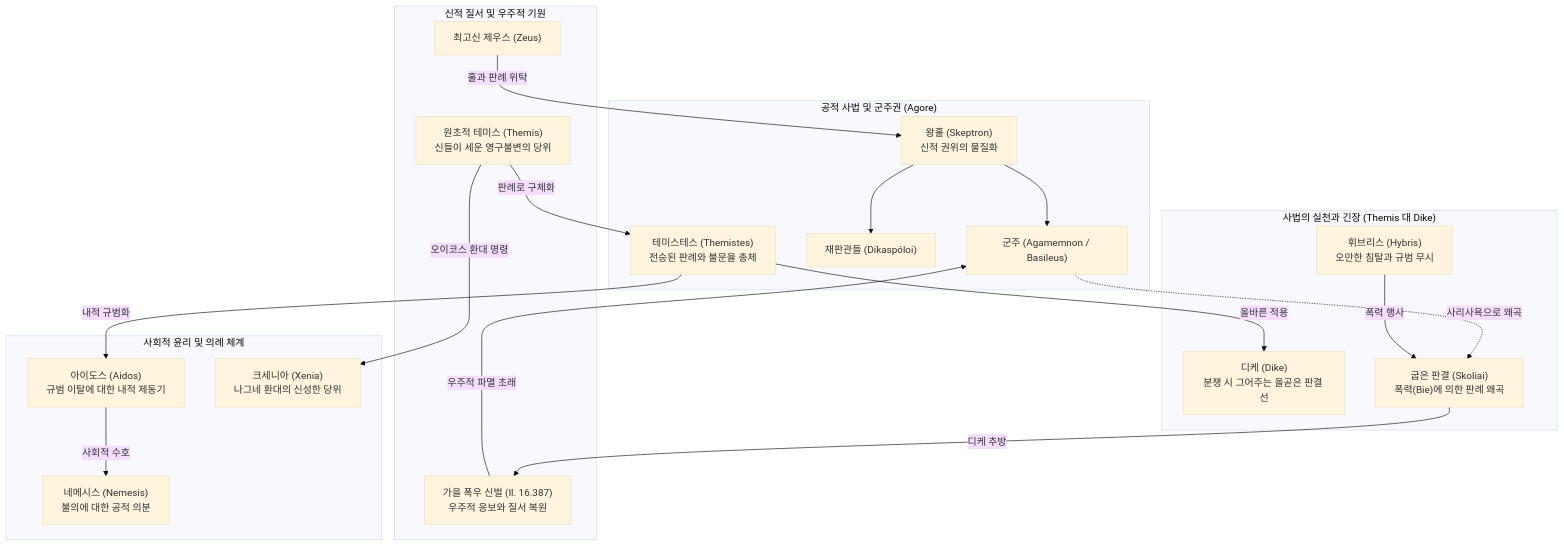
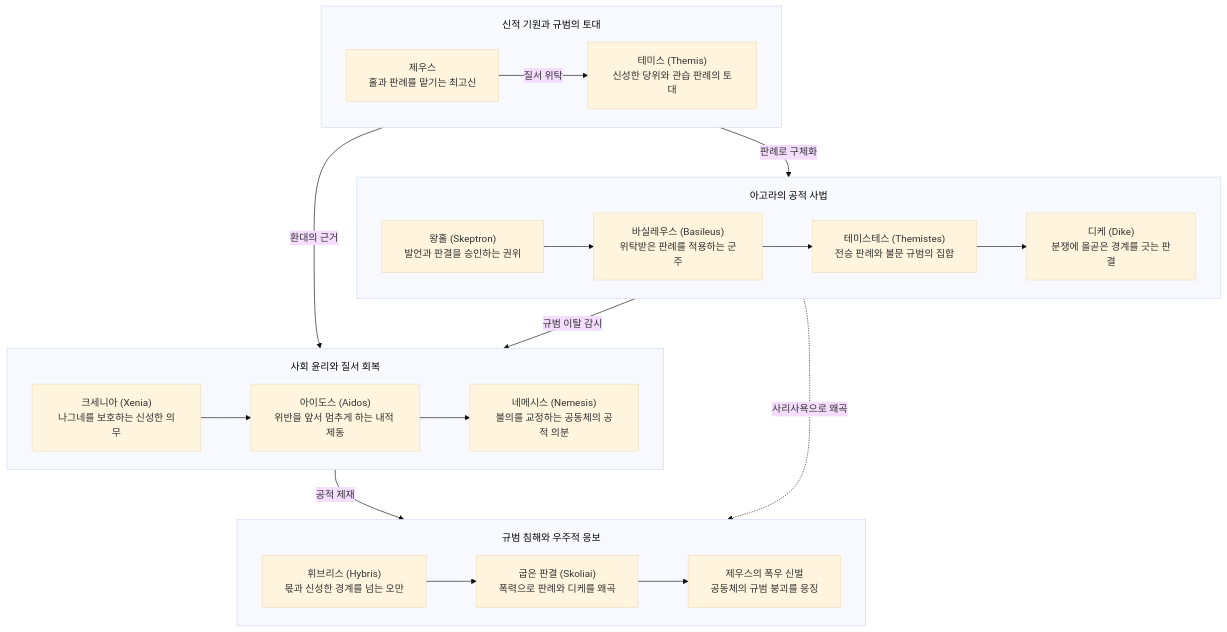
The diagram in wiki/concepts/concept-themis.md (YgHnSIM/Homer_wiki), drawn with Mermaid (base theme) before and after one commit. The commit also changed other lines of this file and 9 other files, not shown here.

Commit message:
refactor(concepts): concept Mermaid 신규격 일괄 적용

````diff
--- a/wiki/concepts/concept-themis.md
+++ b/wiki/concepts/concept-themis.md
@@ -169,43 +169,45 @@
 ```mermaid
-graph TD
-    subgraph Divine_Foundations["신적 질서 및 우주적 기원"]
-        Zeus["최고신 제우스 (Zeus)"]
-        DivineThemis["원초적 테미스 (Themis)<br/>신들이 세운 영구불변의 당위"]
-        Wrath["가을 폭우 신벌 (Il. 16.387)<br/>우주적 응보와 질서 복원"]
+%%{init: {'flowchart': {'useMaxWidth': true, 'nodeSpacing': 40, 'rankSpacing': 56, 'padding': 18, 'subGraphTitleMargin': {'top': 18, 'bottom': 10}}}}%%
+flowchart TD
+    subgraph Foundations ["신적 기원과 규범의 토대"]
+        direction LR
+        Zeus["제우스<br/>홀과 판례를 맡기는 최고신"]
+        Themis["테미스 (Themis)<br/>신성한 당위와 관습 판례의 토대"]:::focus
+        Zeus -->|"질서 위탁"| Themis
     end
 
-    subgraph Political_Authority["공적 사법 및 군주권 (Agore)"]
-        Skeptron["왕홀 (Skeptron)<br/>신적 권위의 물질화"]
-        King["군주 (Agamemnon / Basileus)"]
-        Dikaspóloi["재판관들 (Dikaspóloi)"]
-        Themistes["테미스테스 (Themistes)<br/>전승된 판례와 불문율 총체"]
+    subgraph Agora ["아고라의 공적 사법"]
+        direction LR
+        Skeptron["왕홀 (Skeptron)<br/>발언과 판결을 승인하는 권위"]
+        Basileus["바실레우스 (Basileus)<br/>위탁받은 판례를 적용하는 군주"]
+        Themistes["테미스테스 (Themistes)<br/>전승 판례와 불문 규범의 집합"]
+        Dike["디케 (Dike)<br/>분쟁에 올곧은 경계를 긋는 판결"]:::resolve
+        Skeptron --> Basileus
+        Basileus --> Themistes
+        Themistes --> Dike
     end
 
-    subgraph Legal_Dialectic["사법의 실천과 긴장 (Themis 대 Dike)"]
-        Dike["디케 (Dike)<br/>분쟁 시 그어주는 올곧은 판결 선"]
-        Skoliai["굽은 판결 (Skoliai)<br/>폭력(Bie)에 의한 판례 왜곡"]
-        Hybris["휘브리스 (Hybris)<br/>오만한 침탈과 규범 무시"]
+    subgraph Breach ["규범 침해와 우주적 응보"]
+        direction LR
+        Hybris["휘브리스 (Hybris)<br/>몫과 신성한 경계를 넘는 오만"]:::crisis
+        Skoliai["굽은 판결 (Skoliai)<br/>폭력으로 판례와 디케를 왜곡"]:::crisis
+        Wrath["제우스의 폭우 신벌<br/>공동체의 규범 붕괴를 응징"]:::crisis
+        Hybris --> Skoliai
+        Skoliai --> Wrath
     end
 
-    subgraph Moral_Institutions["사회적 윤리 및 의례 체계"]
-        Aidos["아이도스 (Aidos)<br/>규범 이탈에 대한 내적 제동기"]
-        Nemesis["네메시스 (Nemesis)<br/>불의에 대한 공적 의분"]
-        Xenia["크세니아 (Xenia)<br/>나그네 환대의 신성한 당위"]
+    subgraph Ethics ["사회 윤리와 질서 회복"]
+        direction LR
+        Xenia["크세니아 (Xenia)<br/>나그네를 보호하는 신성한 의무"]:::resolve
+        Aidos["아이도스 (Aidos)<br/>위반을 앞서 멈추게 하는 내적 제동"]
+        Nemesis["네메시스 (Nemesis)<br/>불의를 교정하는 공동체의 공적 의분"]
+        Xenia --> Aidos
+        Aidos --> Nemesis
     end
 
-    Zeus -->|"홀과 판례 위탁"| Skeptron
-    Skeptron --> King
-    Skeptron --> Dikaspóloi
-    
-    DivineThemis -->|"판례로 구체화"| Themistes
-    Themistes -->|"올바른 적용"| Dike
-    Themistes -->|"내적 규범화"| Aidos
-    Aidos -->|"사회적 수호"| Nemesis
-    
-    DivineThemis -->|"오이코스 환대 명령"| Xenia
-    
-    King -.->|"사리사욕으로 왜곡"| Skoliai
-    Hybris -->|"폭력 행사"| Skoliai
-    Skoliai -->|"디케 추방"| Wrath
-    Wrath -->|"우주적 파멸 초래"| King
+    Themis -->|"판례로 구체화"| Themistes
+    Themis -->|"환대의 근거"| Xenia
+    Themistes -->|"규범 이탈 감시"| Aidos
+    Basileus -.->|"사리사욕으로 왜곡"| Skoliai
+    Nemesis -->|"공적 제재"| Wrath
 ```
````
